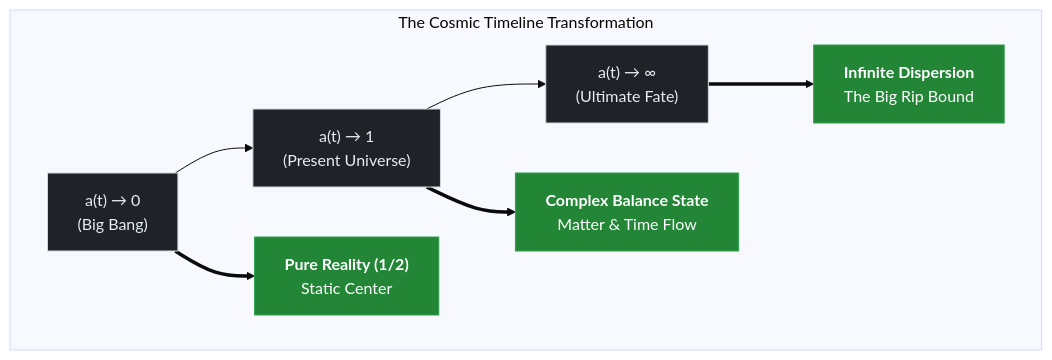
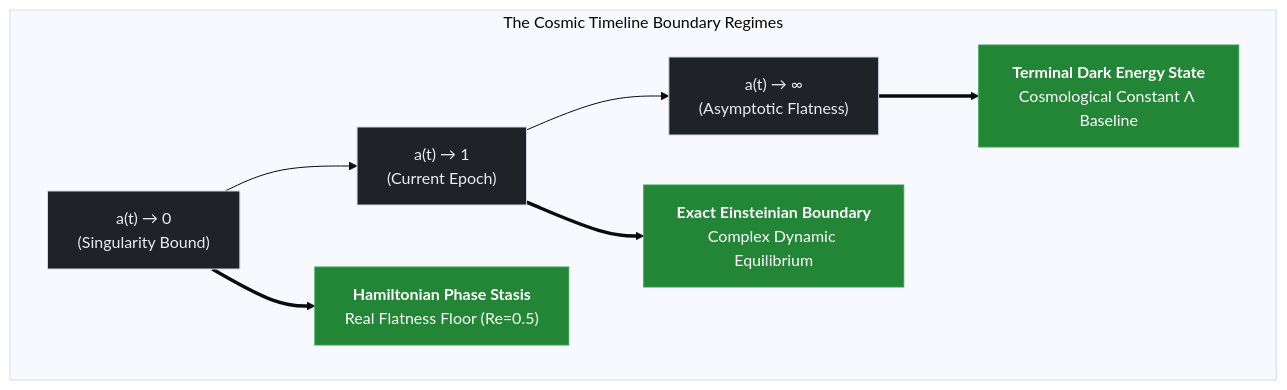
One commit to PJHkorea/time-density-tension changed the diagram in docs/00_dynamic_time_density.md. Above: the diagram before and after it, drawn with Mermaid (base theme). The commit also changed other lines of this file, not shown here.

````diff
--- a/docs/00_dynamic_time_density.md
+++ b/docs/00_dynamic_time_density.md
@@ -64,30 +76,30 @@
 ```mermaid
 graph TD
     %% Global Styling
     classDef default fill:#1f2328,stroke:#d0d7de,stroke-width:1px,color:#e6edf3;
     classDef highlight fill:#238636,stroke:#30a14e,stroke-width:1px,color:#ffffff;
 
-    subgraph Timeline [The Cosmic Timeline Transformation]
+    subgraph Timeline [The Cosmic Timeline Boundary Regimes]
         direction LR
         
         %% Nodes Definition
-        A["a(t) → 0<br>(Big Bang)"] 
-        B["a(t) → 1<br>(Present Universe)"] 
-        C["a(t) → ∞<br>(Ultimate Fate)"]
+        A["a(t) → 0<br>(Singularity Bound)"] 
+        B["a(t) → 1<br>(Current Epoch)"] 
+        C["a(t) → ∞<br>(Asymptotic Flatness)"]
 
-        A1["<b>Pure Reality (1/2)</b><br>Static Center"]
-        B1["<b>Complex Balance State</b><br>Matter & Time Flow"]
-        C1["<b>Infinite Dispersion</b><br>The Big Rip Bound"]
+        A1["<b>Hamiltonian Phase Stasis</b><br>Real Flatness Floor (Re=0.5)"]
+        B1["<b>Exact Einsteinian Boundary</b><br>Complex Dynamic Equilibrium"]
+        C1["<b>Terminal Dark Energy State</b><br>Cosmological Constant Λ Baseline"]
 
         %% Flow Connections
         A --> B --> C
         
         A ==> A1
         B ==> B1
         C ==> C1
     end
 
     %% Apply Styles
     class A,B,C default;
     class A1,B1,C1 highlight;
 ```
````
